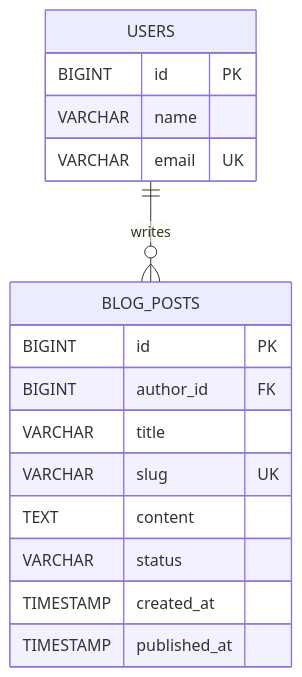
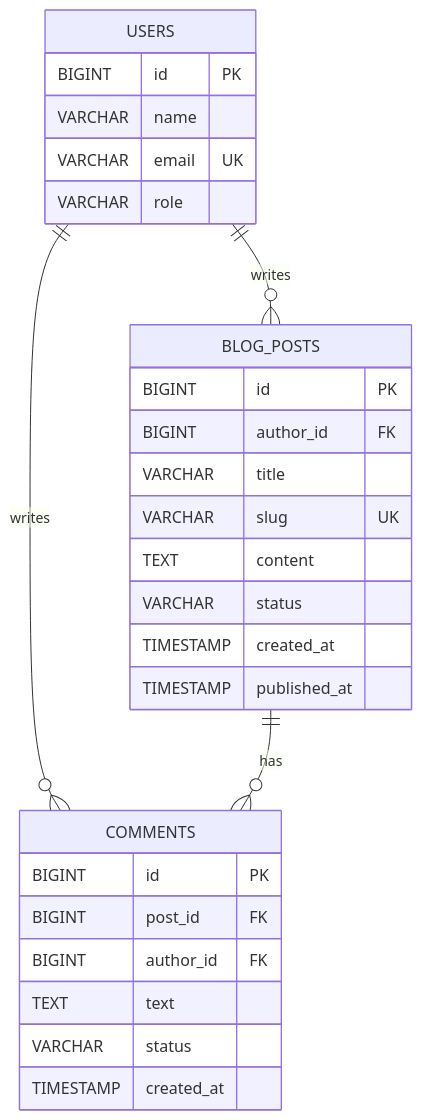
One commit to nkt2006/blog-platform changed the diagram in docs/er-diagram.md. Above: the diagram before and after it, drawn with Mermaid. The commit also changed other lines of this file and 30 other files, not shown here.

````diff
--- a/docs/er-diagram.md
+++ b/docs/er-diagram.md
@@ -3,21 +3,33 @@
 ```mermaid
 erDiagram
     USERS ||--o{ BLOG_POSTS : writes
+    USERS ||--o{ COMMENTS : writes
+    BLOG_POSTS ||--o{ COMMENTS : has
 
     USERS {
         BIGINT id PK
         VARCHAR name
         VARCHAR email UK
+        VARCHAR role
     }
 
     BLOG_POSTS {
         BIGINT id PK
         BIGINT author_id FK
         VARCHAR title
         VARCHAR slug UK
         TEXT content
         VARCHAR status
         TIMESTAMP created_at
         TIMESTAMP published_at
     }
+
+    COMMENTS {
+        BIGINT id PK
+        BIGINT post_id FK
+        BIGINT author_id FK
+        TEXT text
+        VARCHAR status
+        TIMESTAMP created_at
+    }
 ```
````
